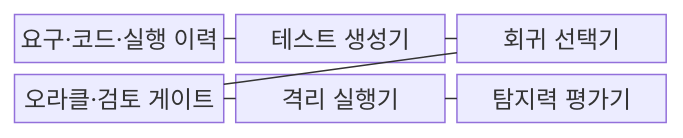
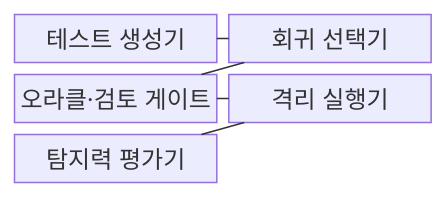
The first of 2 diagrams in src/content/docs/notes/03-software/207_ai_test_automation.md (agnusdei1207/knowledge-base), drawn with Mermaid before and after one commit. The commit also changed other lines of this file and 20 other files, not shown here.

````diff
--- a/src/content/docs/notes/03-software/207_ai_test_automation.md
+++ b/src/content/docs/notes/03-software/207_ai_test_automation.md
@@ -56,15 +58,13 @@
 ```mermaid
 block-beta
-    columns 3
-    A["요구·코드·실행 이력"]
+    columns 2
     B["테스트 생성기"]
     C["회귀 선택기"]
     D["오라클·검토 게이트"]
     E["격리 실행기"]
     F["탐지력 평가기"]
-    A --- B
     B --- C
     C --- D
     D --- E
     E --- F
 ```
````
